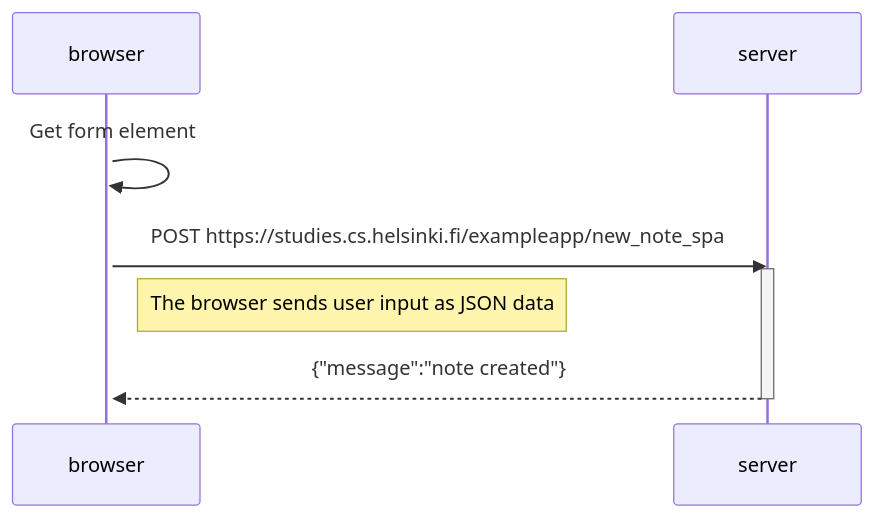
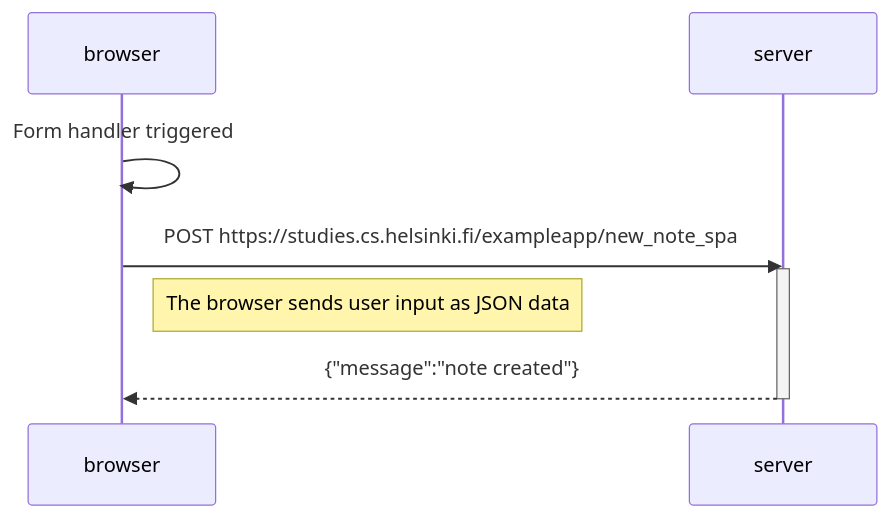
One commit to ngarciaotero/full_stack_open changed the diagram in part_0/new_note_spa_diagram.md. Above: the diagram before and after it, drawn with Mermaid.

Commit message:
modified begining sequence of events

````diff
--- a/part_0/new_note_spa_diagram.md
+++ b/part_0/new_note_spa_diagram.md
@@ -1,15 +1,14 @@
 ```mermaid
 sequenceDiagram
     participant browser
     participant server
 
-    activate browser
-    browser->>browser: Get form element
+    browser->>browser: Form handler triggered
 
     browser->>server: POST https://studies.cs.helsinki.fi/exampleapp/new_note_spa
     activate server
     Note right of browser: The browser sends user input as JSON data
     server-->>browser: {"message":"note created"}
     deactivate server
 
 ```
````
